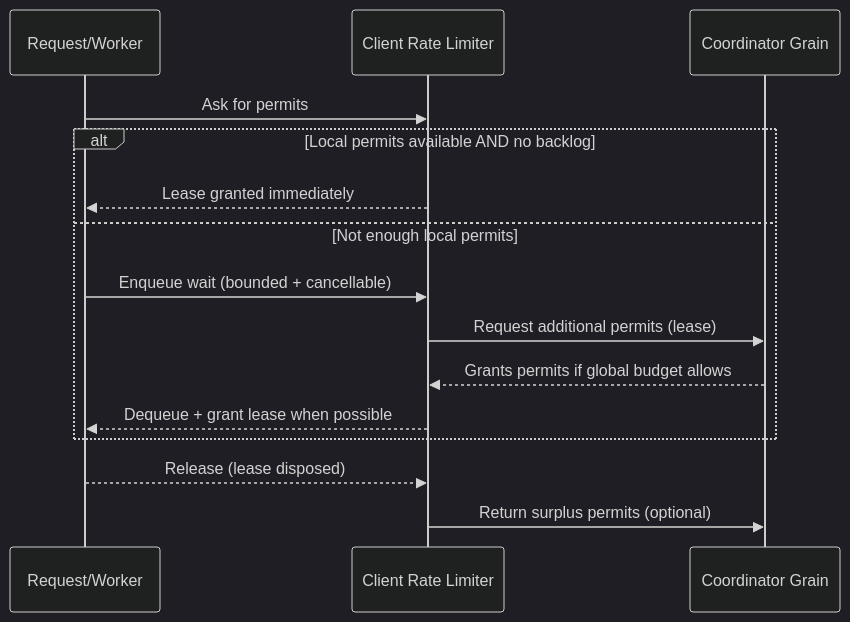
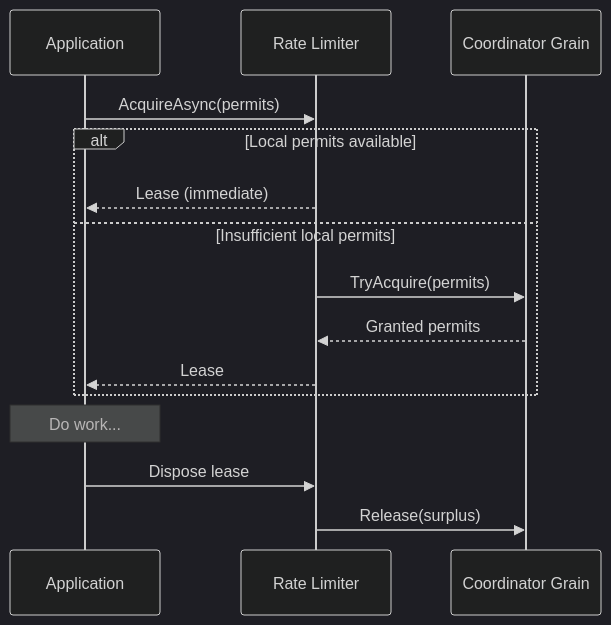
The diagram in README.md (Sai-Santhosh/distributed-rate-limiter), drawn with Mermaid (dark theme) before and after one commit. The commit also changed other lines of this file and 27 other files, not shown here.

````diff
--- a/README.md
+++ b/README.md
@@ -55,19 +214,21 @@
 ```mermaid
 sequenceDiagram
-  participant Req as Request/Worker
-  participant Lim as Client Rate Limiter
-  participant Coord as Coordinator Grain
+    participant App as Application
+    participant Limiter as Rate Limiter
+    participant Coord as Coordinator Grain
 
-  Req->>Lim: Ask for permits
-  alt Local permits available AND no backlog
-    Lim-->>Req: Lease granted immediately
-  else Not enough local permits
-    Req->>Lim: Enqueue wait (bounded + cancellable)
-    Lim->>Coord: Request additional permits (lease)
-    Coord-->>Lim: Grants permits if global budget allows
-    Lim-->>Req: Dequeue + grant lease when possible
-  end
-
-  Req-->>Lim: Release (lease disposed)
-  Lim->>Coord: Return surplus permits (optional)
+    App->>Limiter: AcquireAsync(permits)
+    
+    alt Local permits available
+        Limiter-->>App: Lease (immediate)
+    else Insufficient local permits
+        Limiter->>Coord: TryAcquire(permits)
+        Coord-->>Limiter: Granted permits
+        Limiter-->>App: Lease
+    end
+    
+    Note over App: Do work...
+    
+    App->>Limiter: Dispose lease
+    Limiter->>Coord: Release(surplus)
 ```
````
